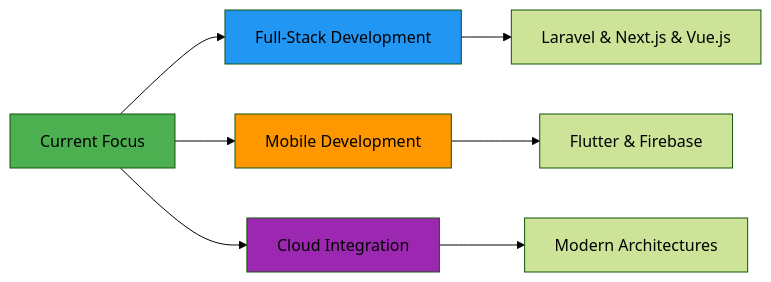
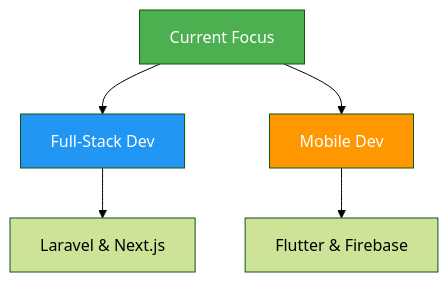
One commit to Namidu99/Namidu99 changed the diagram in README.md. Above: the diagram before and after it, drawn with Mermaid (forest theme). The commit also changed other lines of this file, not shown here.

````diff
--- a/README.md
+++ b/README.md
@@ -51,14 +201,11 @@
 ```mermaid
-graph LR
-    A[Current Focus] --> B[Full-Stack Development]
-    A --> C[Mobile Development]
-    A --> D[Cloud Integration]
-    B --> E[Laravel & Next.js & Vue.js]
+graph TD
+    A[Current Focus] --> B[Full-Stack Dev]
+    A --> C[Mobile Dev]
+    B --> E[Laravel & Next.js]
     C --> F[Flutter & Firebase]
-    D --> G[Modern Architectures]
-    
-    style A fill:#4CAF50
-    style B fill:#2196F3
-    style C fill:#FF9800
-    style D fill:#9C27B0
+    style A fill:#4CAF50,color:#fff
+    style B fill:#2196F3,color:#fff
+    style C fill:#FF9800,color:#fff
+
 ```
````
